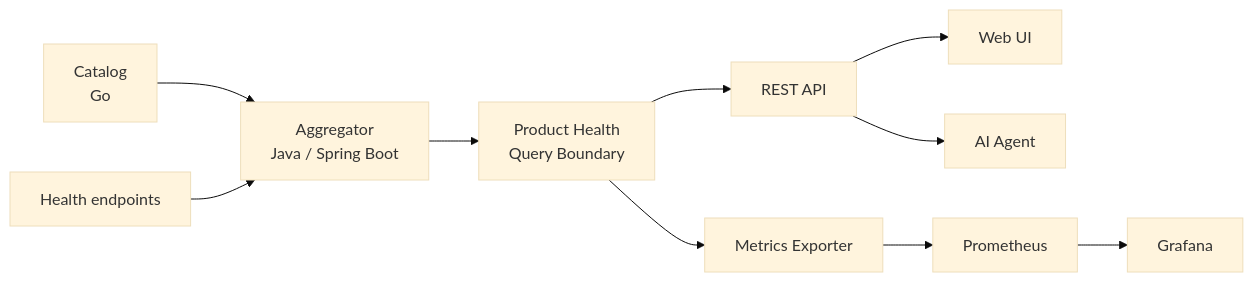
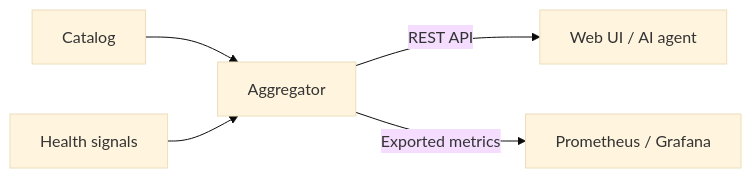
One commit to aleksei-sapozhnikov/aggregator changed the second of 3 diagrams in README.md. Above: the diagram before and after it, drawn with Mermaid (base theme). The commit also changed other lines of this file, not shown here.

Commit message:
Simplify Product Health data flow diagram

````diff
--- a/README.md
+++ b/README.md
@@ -96,16 +96,8 @@
 ```mermaid
 flowchart LR
-  catalog["Catalog<br>Go"] --> aggregator["Aggregator<br>Java / Spring Boot"]
-  services["Health endpoints"] --> aggregator
+  catalog["Catalog"] --> aggregator["Aggregator"]
+  signals["Health signals"] --> aggregator
 
-  aggregator --> health["Product Health<br>Query Boundary"]
-
-  health --> api["REST API"]
-  health --> metrics["Metrics Exporter"]
-
-  api --> ui["Web UI"]
-  api --> agent["AI Agent"]
-
-  metrics --> prometheus["Prometheus"]
-  prometheus --> grafana["Grafana"]
+  aggregator -->|REST API| consumers["Web UI / AI agent"]
+  aggregator -->|Exported metrics| observability["Prometheus / Grafana"]
 ```
````
